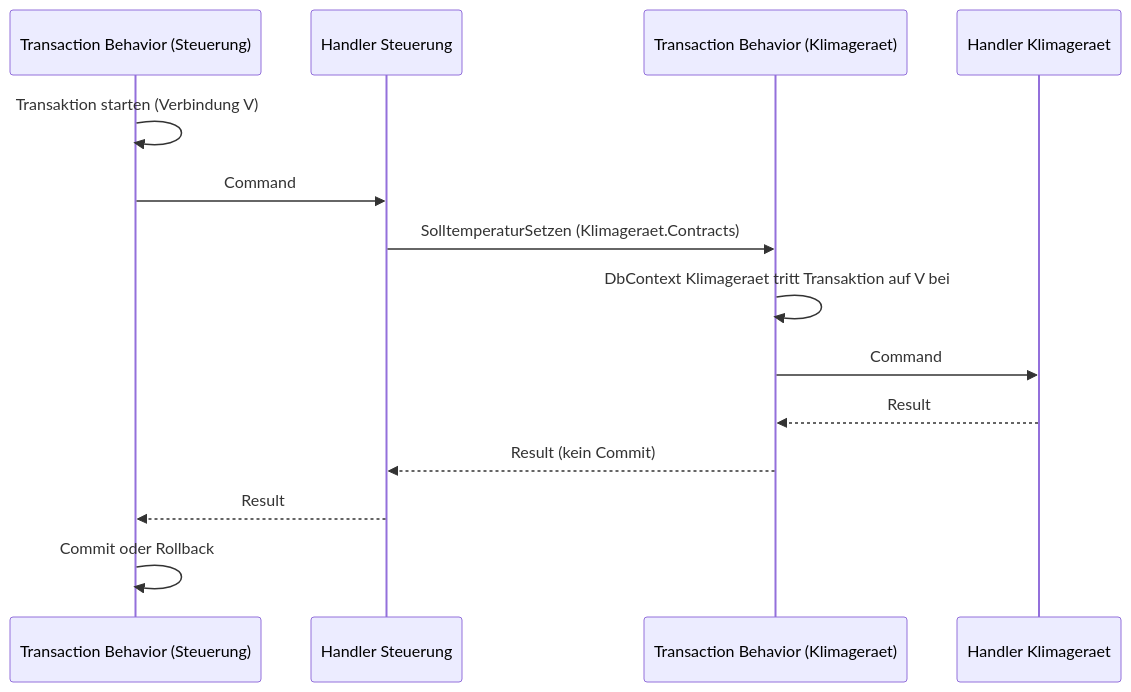
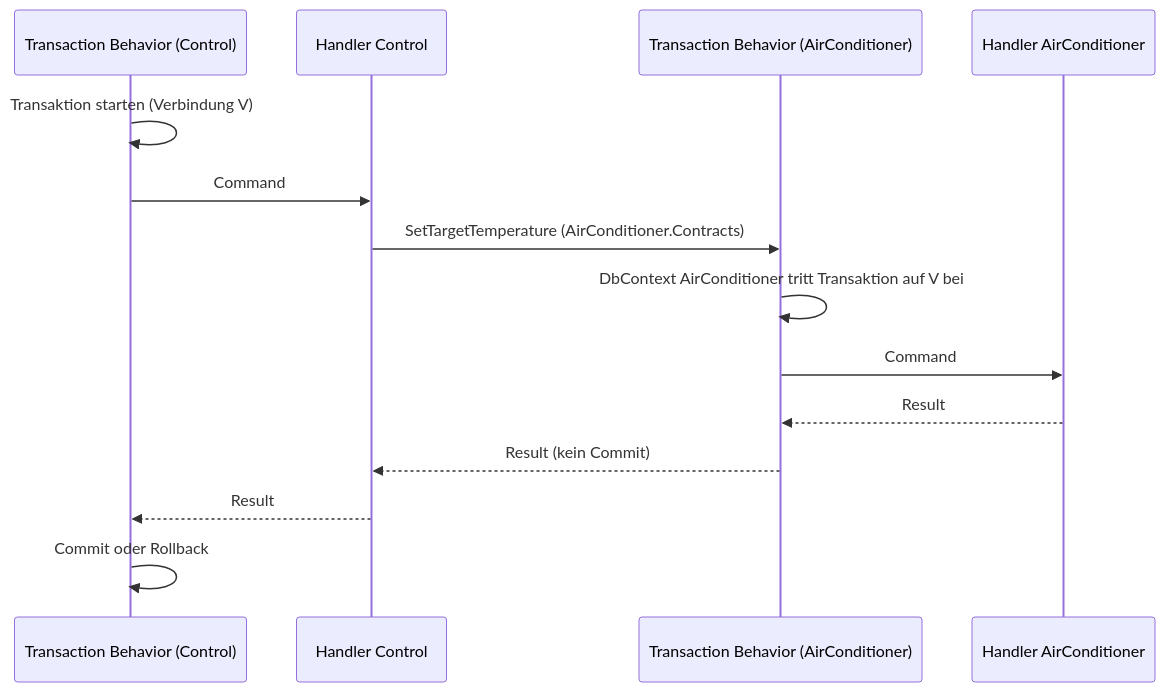
Before and after one commit to mueld/smart-home: the third of 4 diagrams in docs/architecture/architecture-smart-home-2026-11-11/ARCHITECTURE-SPINE.md, drawn with Mermaid. The commit also changed other lines of this file and 9 other files, not shown here.

````diff
--- a/docs/architecture/architecture-smart-home-2026-11-11/ARCHITECTURE-SPINE.md
+++ b/docs/architecture/architecture-smart-home-2026-11-11/ARCHITECTURE-SPINE.md
@@ -157,16 +157,16 @@
 ```mermaid
 sequenceDiagram
-    participant TS as Transaction Behavior (Steuerung)
-    participant HS as Handler Steuerung
-    participant TK as Transaction Behavior (Klimageraet)
-    participant HK as Handler Klimageraet
+    participant TS as Transaction Behavior (Control)
+    participant HS as Handler Control
+    participant TK as Transaction Behavior (AirConditioner)
+    participant HK as Handler AirConditioner
     TS->>TS: Transaktion starten (Verbindung V)
     TS->>HS: Command
-    HS->>TK: SolltemperaturSetzen (Klimageraet.Contracts)
-    TK->>TK: DbContext Klimageraet tritt Transaktion auf V bei
+    HS->>TK: SetTargetTemperature (AirConditioner.Contracts)
+    TK->>TK: DbContext AirConditioner tritt Transaktion auf V bei
     TK->>HK: Command
     HK-->>TK: Result
     TK-->>HS: Result (kein Commit)
     HS-->>TS: Result
     TS->>TS: Commit oder Rollback
 ```
````
